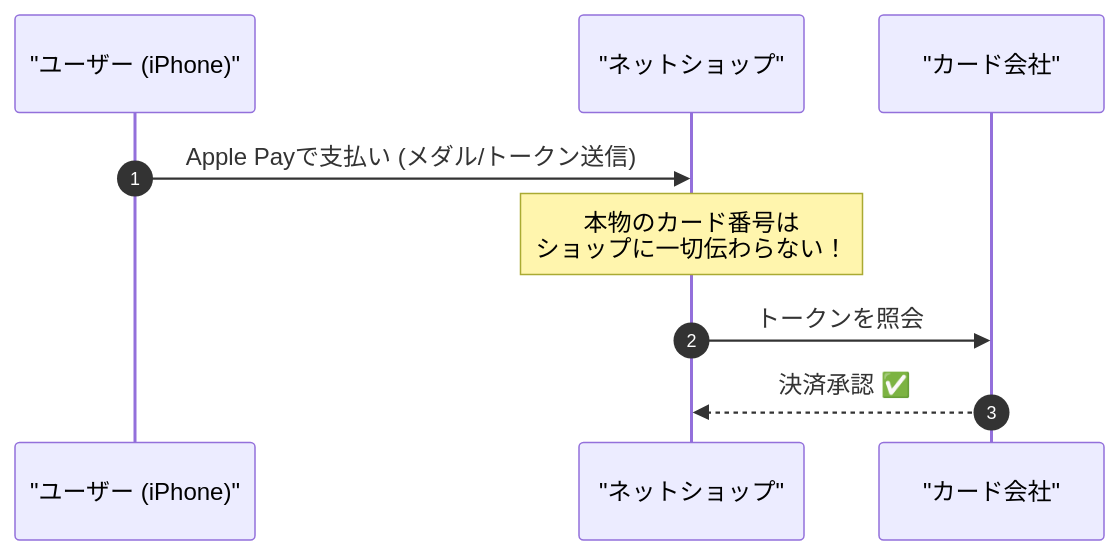
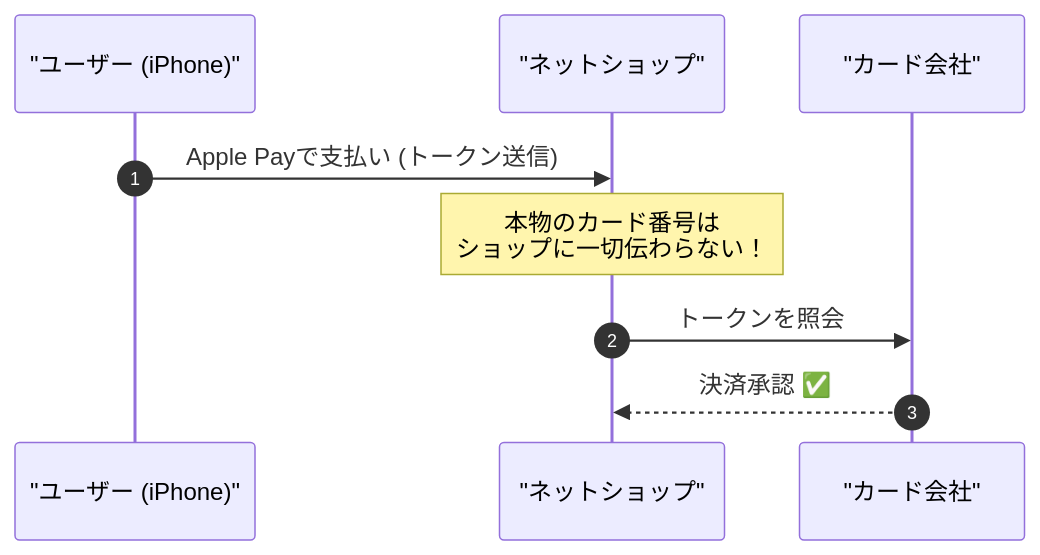
The seventh of 12 diagrams in part4_money.qmd (kashiwabarakenji/multimedia), drawn with Mermaid before and after one commit. The commit also changed other lines of this file and 18 other files, not shown here.

````diff
--- a/part4_money.qmd
+++ b/part4_money.qmd
@@ -580,11 +621,11 @@
 ```{mermaid}
 sequenceDiagram
     autonumber
     participant U as "ユーザー (iPhone)"
     participant S as "ネットショップ"
     participant N as "カード会社"
-    U->>S: Apple Payで支払い (メダル/トークン送信)
+    U->>S: Apple Payで支払い (トークン送信)
     Note over S: 本物のカード番号は<br/>ショップに一切伝わらない！
     S->>N: トークンを照会
     N-->>S: 決済承認 ✅
 ```
````
